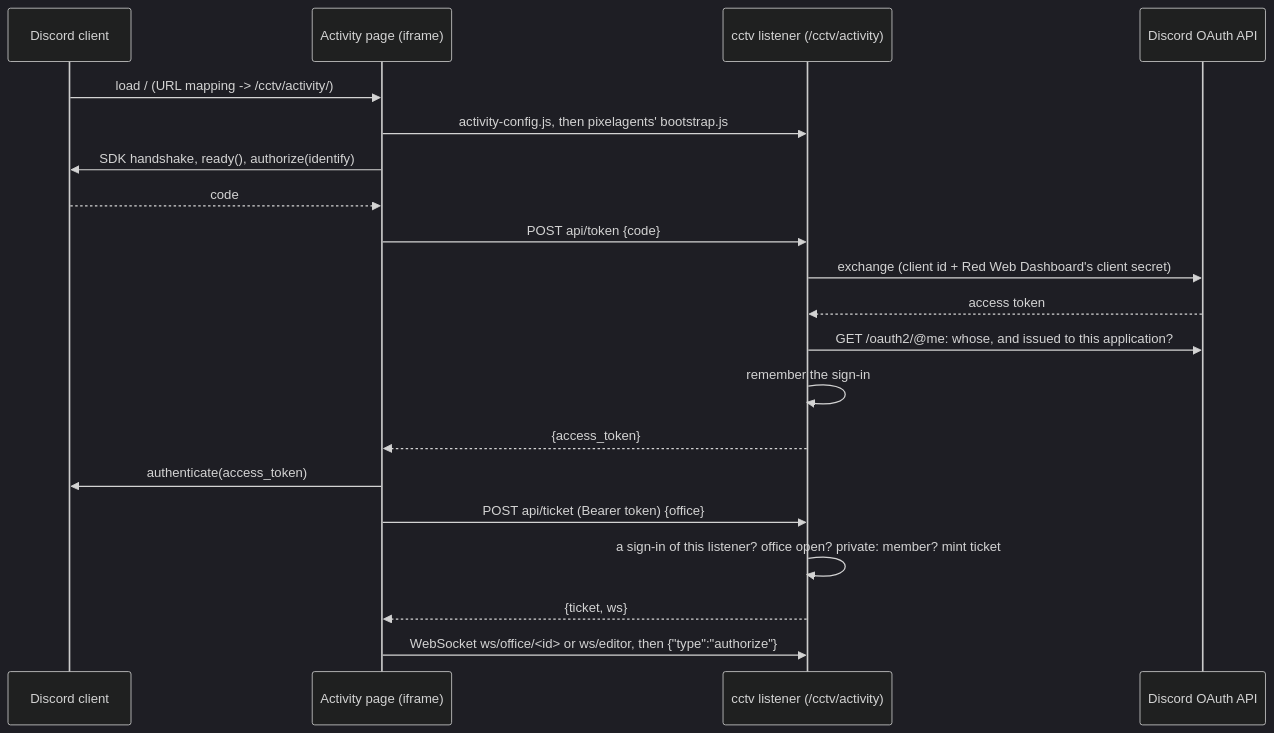
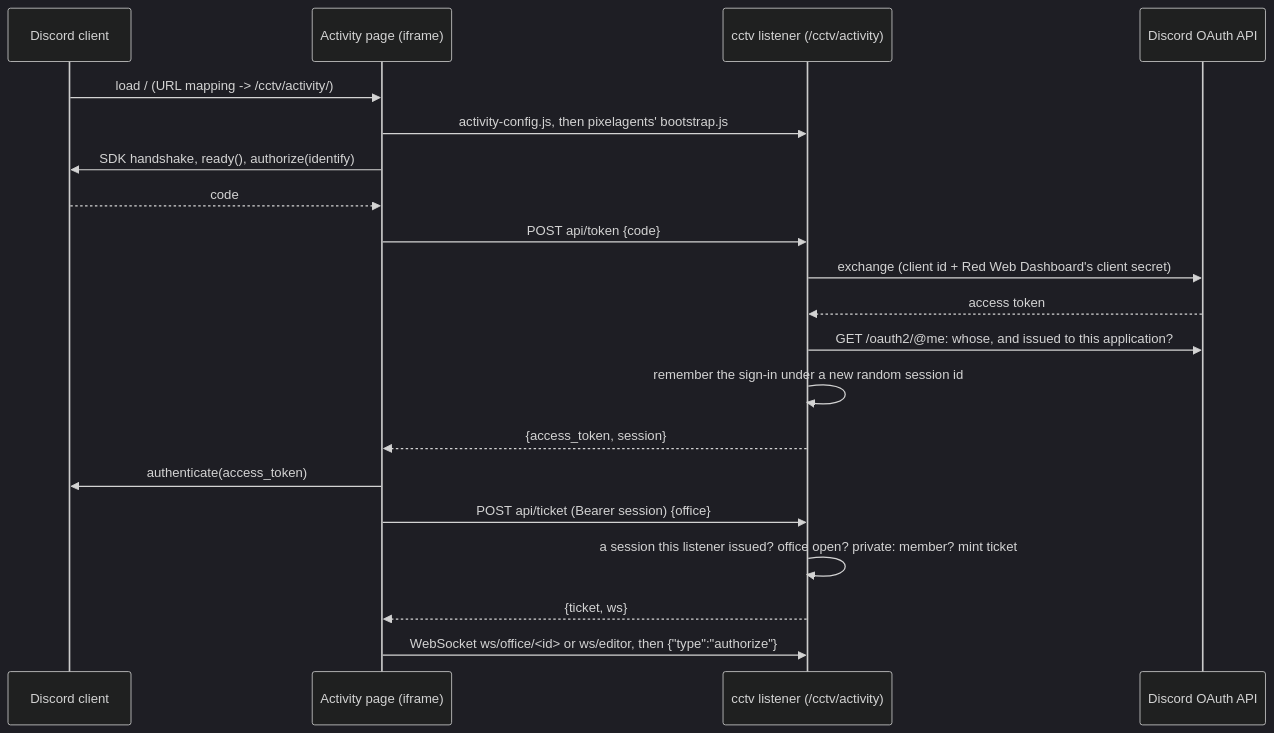
One commit to pixel-agents-hq/pixel-agents-cogs changed the fifth of 7 diagrams in docs/cctv-design.md. Above: the diagram before and after it, drawn with Mermaid (dark theme). The commit also changed other lines of this file and 8 other files, not shown here.

````diff
--- a/docs/cctv-design.md
+++ b/docs/cctv-design.md
@@ -543,23 +543,23 @@
 ```mermaid
 sequenceDiagram
     participant D as Discord client
     participant A as Activity page (iframe)
     participant S as cctv listener (/cctv/activity)
     participant O as Discord OAuth API
 
     D->>A: load / (URL mapping -> /cctv/activity/)
     A->>S: activity-config.js, then pixelagents' bootstrap.js
     A->>D: SDK handshake, ready(), authorize(identify)
     D-->>A: code
     A->>S: POST api/token {code}
     S->>O: exchange (client id + Red Web Dashboard's client secret)
     O-->>S: access token
     S->>O: GET /oauth2/@me: whose, and issued to this application?
-    S->>S: remember the sign-in
-    S-->>A: {access_token}
+    S->>S: remember the sign-in under a new random session id
+    S-->>A: {access_token, session}
     A->>D: authenticate(access_token)
-    A->>S: POST api/ticket (Bearer token) {office}
-    S->>S: a sign-in of this listener? office open? private: member? mint ticket
+    A->>S: POST api/ticket (Bearer session) {office}
+    S->>S: a session this listener issued? office open? private: member? mint ticket
     S-->>A: {ticket, ws}
     A->>S: WebSocket ws/office/<id> or ws/editor, then {"type":"authorize"}
 ```
````
